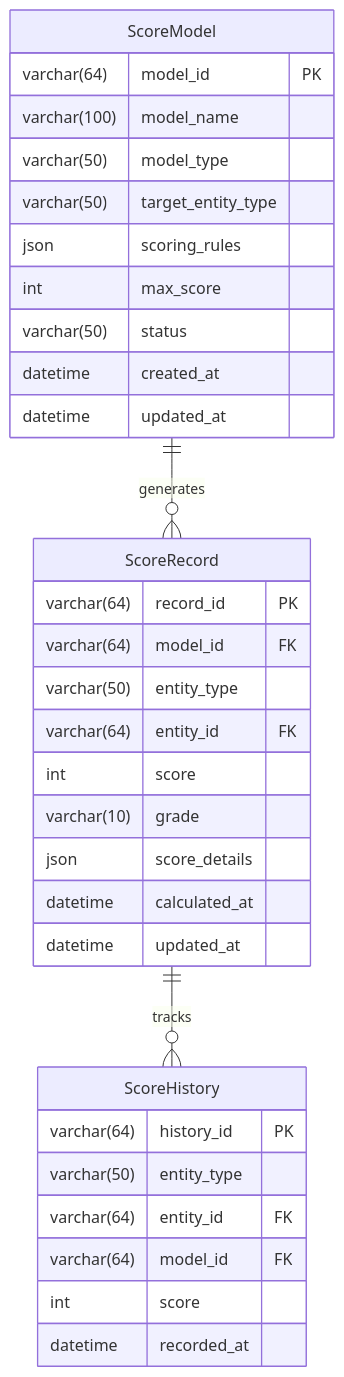
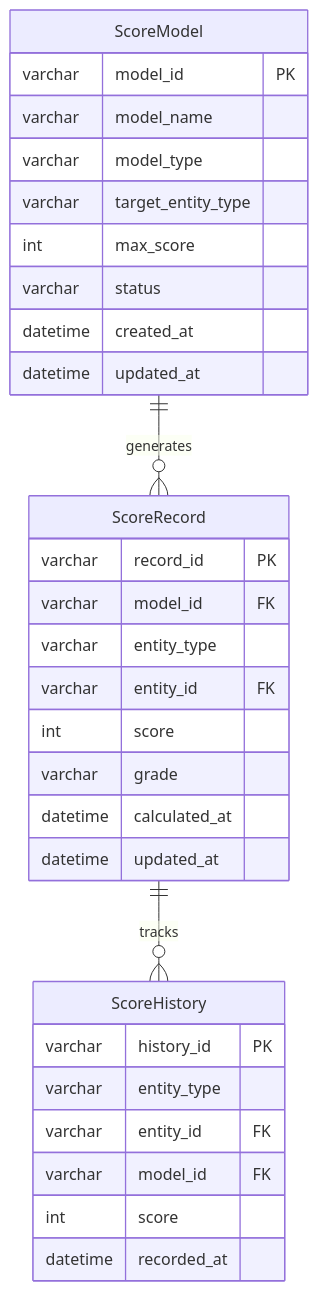
One commit to 312268112/advanced-java changed diagram 14 of 25 in docs/b2b-cdp-entity-design.md. Above: the diagram before and after it, drawn with Mermaid. The commit also changed other lines of this file, not shown here.

Commit message:
Refactor: Update B2B CDP entity design documentation

````diff
--- a/docs/b2b-cdp-entity-design.md
+++ b/docs/b2b-cdp-entity-design.md
@@ -737,38 +709,36 @@
 ```mermaid
 erDiagram
-    ScoreModel ||--o{ ScoreRecord : "generates"
-    ScoreRecord ||--o{ ScoreHistory : "tracks"
+    ScoreModel ||--o{ ScoreRecord : generates
+    ScoreRecord ||--o{ ScoreHistory : tracks
     
     ScoreModel {
-        varchar(64) model_id PK
-        varchar(100) model_name
-        varchar(50) model_type
-        varchar(50) target_entity_type
-        json scoring_rules
+        varchar model_id PK
+        varchar model_name
+        varchar model_type
+        varchar target_entity_type
         int max_score
-        varchar(50) status
+        varchar status
         datetime created_at
         datetime updated_at
     }
     
     ScoreRecord {
-        varchar(64) record_id PK
-        varchar(64) model_id FK
-        varchar(50) entity_type
-        varchar(64) entity_id FK
+        varchar record_id PK
+        varchar model_id FK
+        varchar entity_type
+        varchar entity_id FK
         int score
-        varchar(10) grade
-        json score_details
+        varchar grade
         datetime calculated_at
         datetime updated_at
     }
     
     ScoreHistory {
-        varchar(64) history_id PK
-        varchar(50) entity_type
-        varchar(64) entity_id FK
-        varchar(64) model_id FK
+        varchar history_id PK
+        varchar entity_type
+        varchar entity_id FK
+        varchar model_id FK
         int score
         datetime recorded_at
     }
 ```
````
